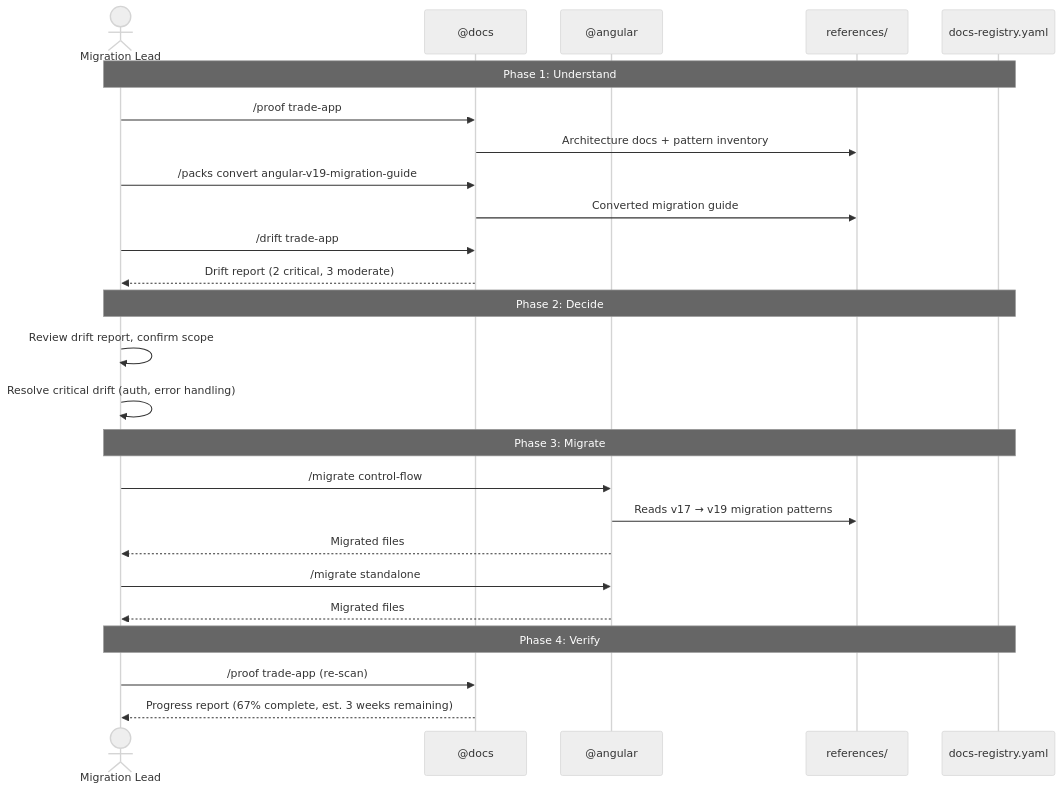
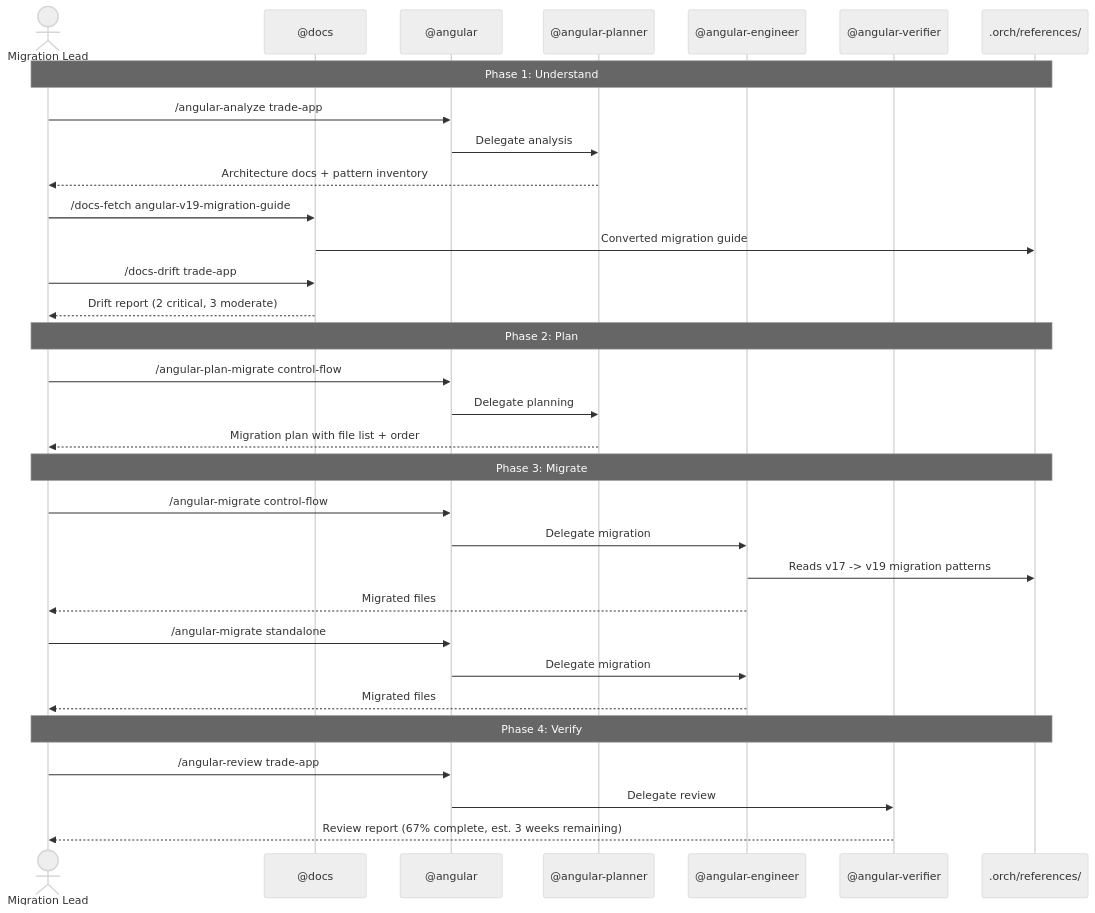
Before and after one commit to oneinthebox/vscode-ghcp-agents: diagram 17 of 17 in docs/tech.md, drawn with Mermaid (neutral theme). The commit also changed other lines of this file and 11 other files, not shown here.

````diff
--- a/docs/tech.md
+++ b/docs/tech.md
@@ -841,31 +928,38 @@
 ```mermaid
 sequenceDiagram
     actor Dev as Migration Lead
     participant Doc as @docs
-    participant FE as @angular
-    participant Refs as references/
-    participant Reg as docs-registry.yaml
+    participant Coord as @angular
+    participant Planner as @angular-planner
+    participant Engineer as @angular-engineer
+    participant Verifier as @angular-verifier
+    participant Refs as .orch/references/
 
-    Note over Dev,Reg: Phase 1: Understand
-    Dev->>Doc: /proof trade-app
-    Doc->>Refs: Architecture docs + pattern inventory
-    Dev->>Doc: /packs convert angular-v19-migration-guide
+    Note over Dev,Refs: Phase 1: Understand
+    Dev->>Coord: /angular-analyze trade-app
+    Coord->>Planner: Delegate analysis
+    Planner-->>Dev: Architecture docs + pattern inventory
+    Dev->>Doc: /docs-fetch angular-v19-migration-guide
     Doc->>Refs: Converted migration guide
-    Dev->>Doc: /drift trade-app
+    Dev->>Doc: /docs-drift trade-app
     Doc-->>Dev: Drift report (2 critical, 3 moderate)
 
-    Note over Dev,Reg: Phase 2: Decide
-    Dev->>Dev: Review drift report, confirm scope
-    Dev->>Dev: Resolve critical drift (auth, error handling)
+    Note over Dev,Refs: Phase 2: Plan
+    Dev->>Coord: /angular-plan-migrate control-flow
+    Coord->>Planner: Delegate planning
+    Planner-->>Dev: Migration plan with file list + order
 
-    Note over Dev,Reg: Phase 3: Migrate
-    Dev->>FE: /migrate control-flow
-    FE->>Refs: Reads v17 → v19 migration patterns
-    FE-->>Dev: Migrated files
-    Dev->>FE: /migrate standalone
-    FE-->>Dev: Migrated files
+    Note over Dev,Refs: Phase 3: Migrate
+    Dev->>Coord: /angular-migrate control-flow
+    Coord->>Engineer: Delegate migration
+    Engineer->>Refs: Reads v17 -> v19 migration patterns
+    Engineer-->>Dev: Migrated files
+    Dev->>Coord: /angular-migrate standalone
+    Coord->>Engineer: Delegate migration
+    Engineer-->>Dev: Migrated files
 
-    Note over Dev,Reg: Phase 4: Verify
-    Dev->>Doc: /proof trade-app (re-scan)
-    Doc-->>Dev: Progress report (67% complete, est. 3 weeks remaining)
+    Note over Dev,Refs: Phase 4: Verify
+    Dev->>Coord: /angular-review trade-app
+    Coord->>Verifier: Delegate review
+    Verifier-->>Dev: Review report (67% complete, est. 3 weeks remaining)
 ```
````
